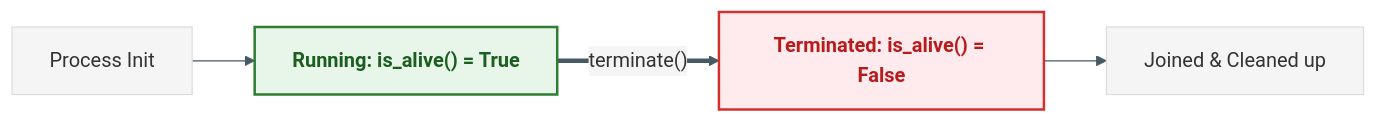
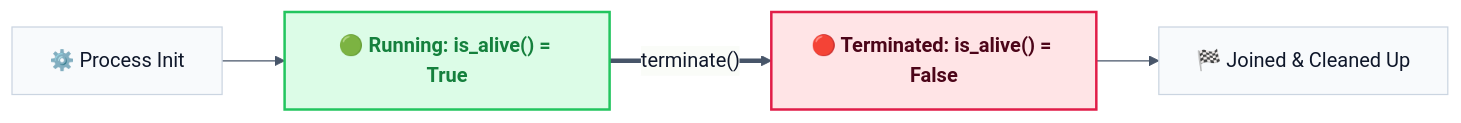
One commit to RameenAnwar/PDC-SP26-SE changed the fifth of 10 diagrams in SyedMuhammadHuzaifaAshrafi-(23FA-035-SE)/Chapter03/README.md. Above: the diagram before and after it, drawn with Mermaid. The commit also changed other lines of this file and 5 other files, not shown here.

````diff
--- a/SyedMuhammadHuzaifaAshrafi-(23FA-035-SE)/Chapter03/README.md
+++ b/SyedMuhammadHuzaifaAshrafi-(23FA-035-SE)/Chapter03/README.md
@@ -296,14 +133,14 @@
 ```mermaid
-%%{init: {'theme': 'base', 'themeVariables': { 'lineColor': '#455A64', 'primaryColor': '#F5F5F5' }}}%%
+%%{init: {'theme': 'base', 'themeVariables': { 'lineColor': '#475569', 'primaryColor': '#f8fafc', 'primaryTextColor': '#0f172a', 'primaryBorderColor': '#cbd5e1' }}}%%
 flowchart LR
-    %% Pro Max Kill Process Flow
-    classDef running fill:#E8F5E9,stroke:#2E7D32,stroke-width:2px,color:#1B5E20,font-weight:bold
-    classDef dead fill:#FFEBEE,stroke:#D32F2F,stroke-width:2px,color:#B71C1C,font-weight:bold
+    %% Premium Kill Process Flow
+    classDef running fill:#dcfce7,stroke:#22c55e,stroke-width:2px,color:#15803d,font-weight:bold
+    classDef dead fill:#ffe4e6,stroke:#e11d48,stroke-width:2px,color:#4c0519,font-weight:bold
 
-    Start["Process Init"] --> Run["Running: is_alive() = True"]
-    Run == "terminate()" ==> Killed["Terminated: is_alive() = False"]
-    Killed --> Join["Joined & Cleaned up"]
+    Start["⚙️ Process Init"] --> Run["🟢 Running: is_alive() = True"]
+    Run == "terminate()" ==> Killed["🔴 Terminated: is_alive() = False"]
+    Killed --> Join["🏁 Joined & Cleaned Up"]
 
     class Run running
     class Killed dead
 ```
````
